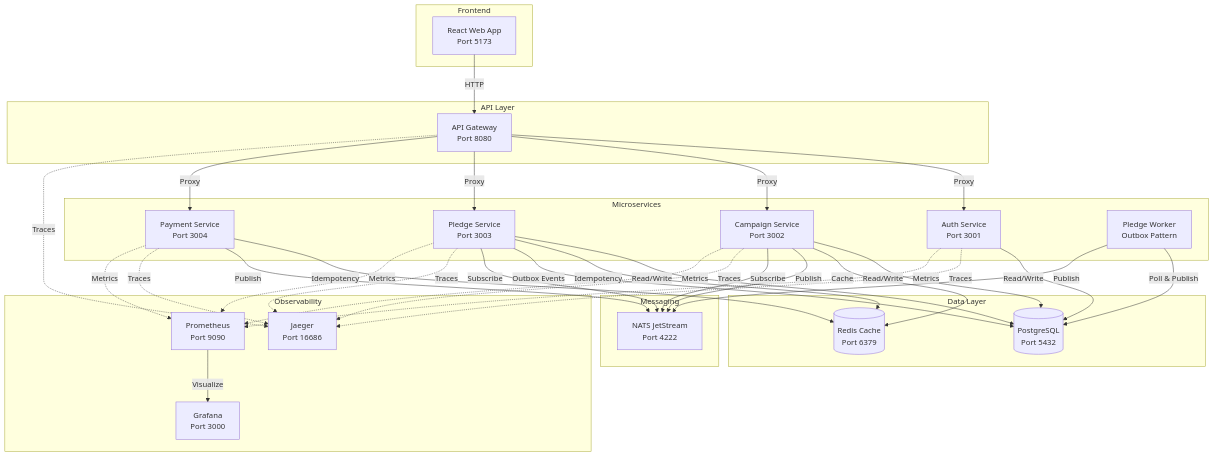
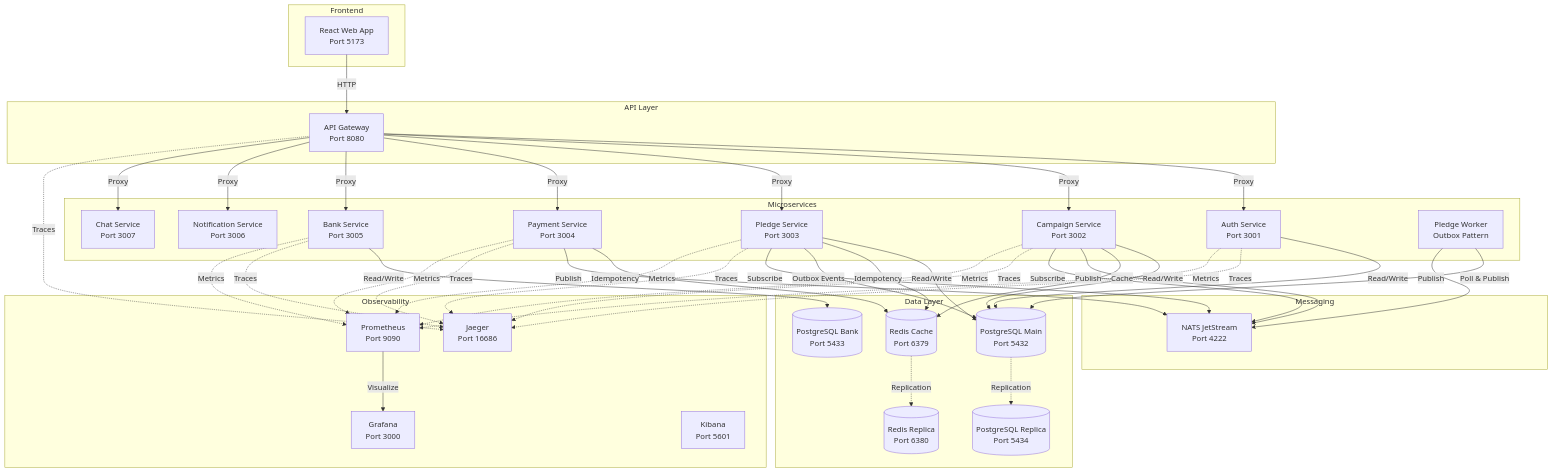
The diagram in README.md (Seyamalam/api-avengers), drawn with Mermaid before and after one commit. The commit also changed other lines of this file and 60 other files, not shown here.

````diff
--- a/README.md
+++ b/README.md
@@ -17,12 +37,18 @@
         CAMPAIGN[Campaign Service<br/>Port 3002]
         PLEDGE[Pledge Service<br/>Port 3003]
         PAYMENT[Payment Service<br/>Port 3004]
+        BANK[Bank Service<br/>Port 3005]
+        NOTIF[Notification Service<br/>Port 3006]
+        CHAT[Chat Service<br/>Port 3007]
         WORKER[Pledge Worker<br/>Outbox Pattern]
     end
     
     subgraph "Data Layer"
-        PG[(PostgreSQL<br/>Port 5432)]
+        PG[(PostgreSQL Main<br/>Port 5432)]
+        PG_BANK[(PostgreSQL Bank<br/>Port 5433)]
+        PG_REP[(PostgreSQL Replica<br/>Port 5434)]
         REDIS[(Redis Cache<br/>Port 6379)]
+        REDIS_REP[(Redis Replica<br/>Port 6380)]
     end
     
     subgraph "Messaging"
@@ -33,6 +59,7 @@
         JAEGER[Jaeger<br/>Port 16686]
         PROM[Prometheus<br/>Port 9090]
         GRAFANA[Grafana<br/>Port 3000]
+        KIBANA[Kibana<br/>Port 5601]
     end
     
     WEB -->|HTTP| GW
@@ -40,6 +67,9 @@
     GW -->|Proxy| CAMPAIGN
     GW -->|Proxy| PLEDGE
     GW -->|Proxy| PAYMENT
+    GW -->|Proxy| BANK
+    GW -->|Proxy| NOTIF
+    GW -->|Proxy| CHAT
     
     AUTH -->|Read/Write| PG
     CAMPAIGN -->|Read/Write| PG
@@ -47,6 +77,10 @@
     PLEDGE -->|Read/Write| PG
     PLEDGE -->|Idempotency| REDIS
     PAYMENT -->|Idempotency| REDIS
+    BANK -->|Read/Write| PG_BANK
+    
+    PG -.->|Replication| PG_REP
+    REDIS -.->|Replication| REDIS_REP
     
     PLEDGE -->|Outbox Events| PG
     WORKER -->|Poll & Publish| PG
@@ -61,12 +95,14 @@
     CAMPAIGN -.->|Traces| JAEGER
     PLEDGE -.->|Traces| JAEGER
     PAYMENT -.->|Traces| JAEGER
+    BANK -.->|Traces| JAEGER
     GW -.->|Traces| JAEGER
     
     AUTH -.->|Metrics| PROM
     CAMPAIGN -.->|Metrics| PROM
     PLEDGE -.->|Metrics| PROM
     PAYMENT -.->|Metrics| PROM
+    BANK -.->|Metrics| PROM
     
     PROM -->|Visualize| GRAFANA
 ```
````
